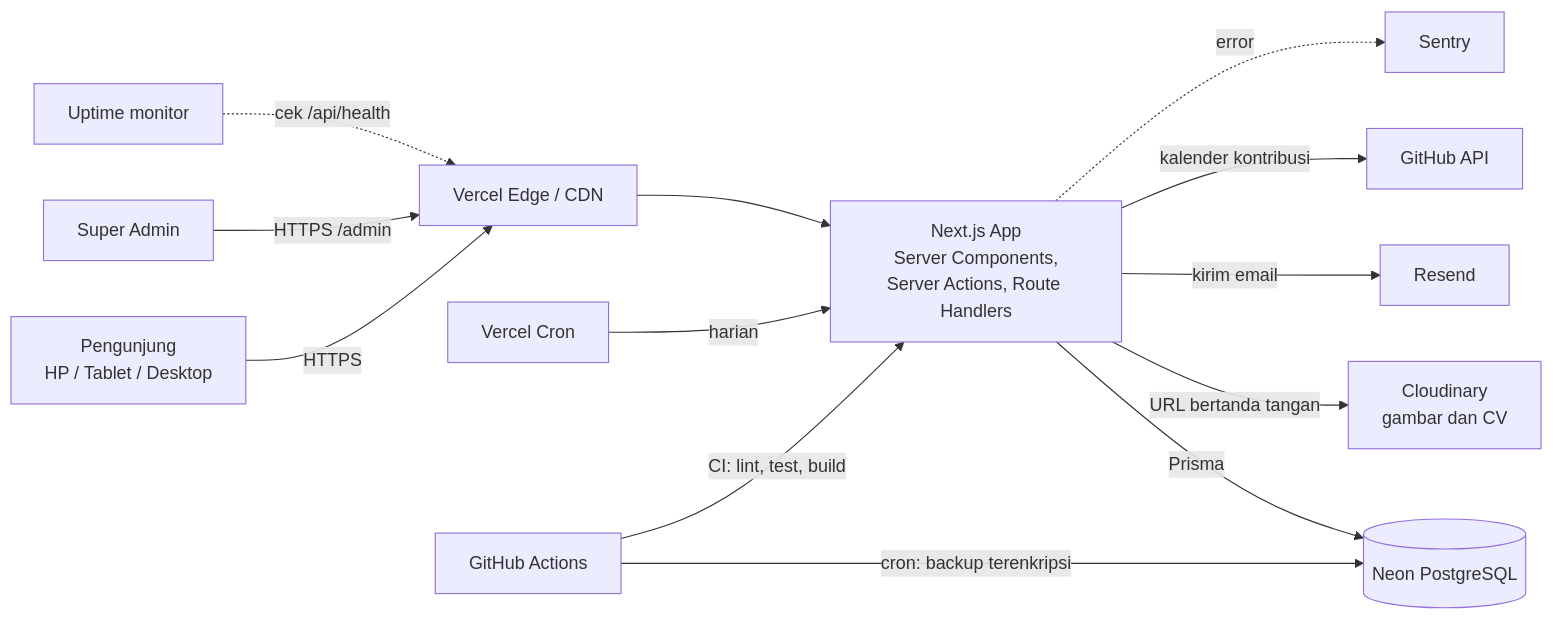
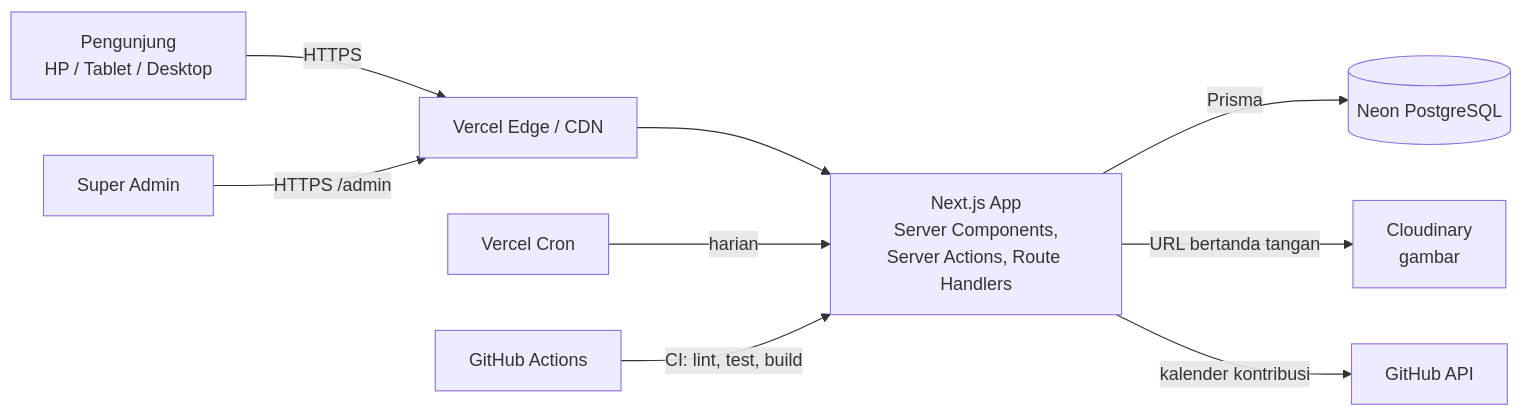
One commit to HorizonMirza/Mirza-Portfolio changed the first of 2 diagrams in Documentation/ARCHITECTURE.md. Above: the diagram before and after it, drawn with Mermaid. The commit also changed other lines of this file and 38 other files, not shown here.

First line of the commit message:
[CLAUDIA] refactor: hapus email, Sentry, Web Analytics, backup, dan rilis Docker (keputusan pemilik)

````diff
--- a/Documentation/ARCHITECTURE.md
+++ b/Documentation/ARCHITECTURE.md
@@ -57,15 +54,11 @@
 ```mermaid
 flowchart LR
     V[Pengunjung<br/>HP / Tablet / Desktop] -->|HTTPS| E[Vercel Edge / CDN]
     A[Super Admin] -->|HTTPS /admin| E
     E --> N[Next.js App<br/>Server Components,<br/>Server Actions, Route Handlers]
     N -->|Prisma| DB[(Neon PostgreSQL)]
-    N -->|URL bertanda tangan| CL[Cloudinary<br/>gambar dan CV]
-    N -->|kirim email| RS[Resend]
+    N -->|URL bertanda tangan| CL[Cloudinary<br/>gambar]
     N -->|kalender kontribusi| GH[GitHub API]
     VC[Vercel Cron] -->|harian| N
-    N -.->|error| SE[Sentry]
-    GA[GitHub Actions] -->|cron: backup terenkripsi| DB
-    GA -->|CI: lint, test, build| N
-    UT[Uptime monitor] -.->|cek /api/health| E
+    GA[GitHub Actions] -->|CI: lint, test, build| N
 ```
````
